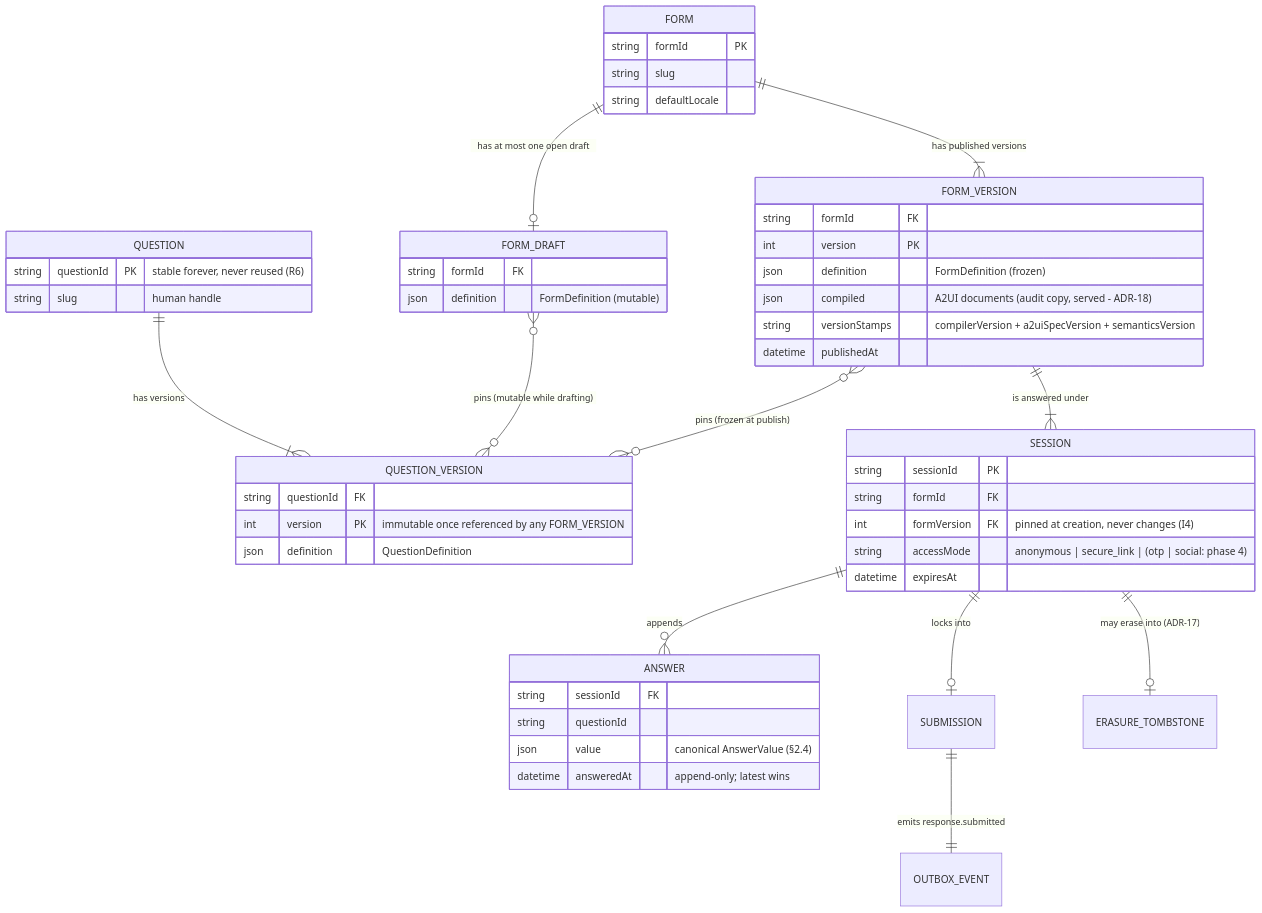
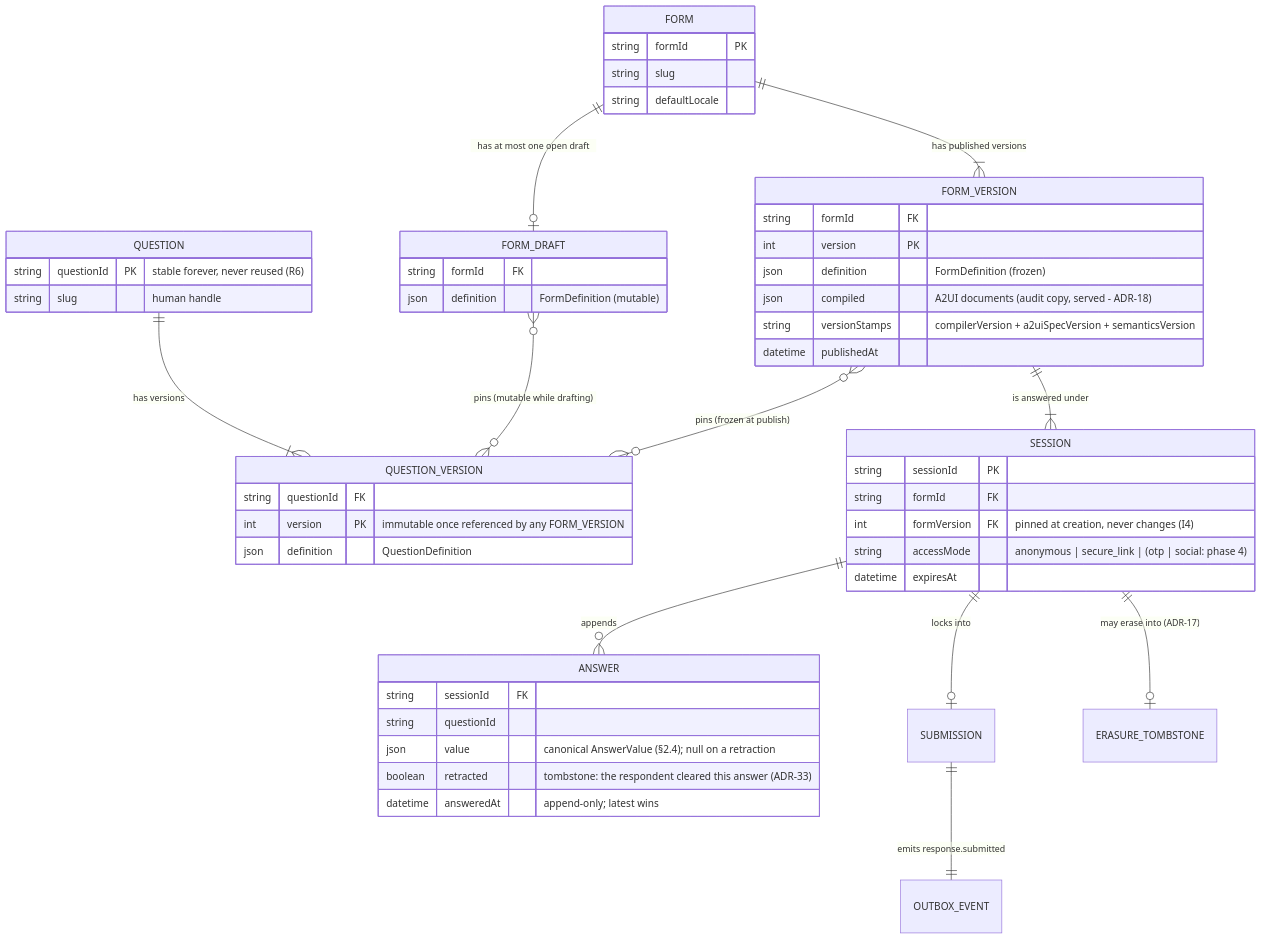
The first of 5 diagrams in docs/DOMAIN_SCHEMA.md (roonga/qcms), drawn with Mermaid before and after one commit. The commit also changed other lines of this file and 30 other files, not shown here.

First line of the commit message:
fix(db): answer retraction as tombstone append (#97)

````diff
--- a/docs/DOMAIN_SCHEMA.md
+++ b/docs/DOMAIN_SCHEMA.md
@@ -15,53 +15,54 @@
 ```mermaid
 erDiagram
     QUESTION ||--|{ QUESTION_VERSION : "has versions"
     FORM ||--o| FORM_DRAFT : "has at most one open draft"
     FORM ||--|{ FORM_VERSION : "has published versions"
     FORM_DRAFT }o--o{ QUESTION_VERSION : "pins (mutable while drafting)"
     FORM_VERSION }o--o{ QUESTION_VERSION : "pins (frozen at publish)"
     FORM_VERSION ||--|{ SESSION : "is answered under"
     SESSION ||--o{ ANSWER : "appends"
     SESSION ||--o| SUBMISSION : "locks into"
     SESSION ||--o| ERASURE_TOMBSTONE : "may erase into (ADR-17)"
     SUBMISSION ||--|| OUTBOX_EVENT : "emits response.submitted"
 
     QUESTION {
         string questionId PK "stable forever, never reused (R6)"
         string slug "human handle"
     }
     QUESTION_VERSION {
         string questionId FK
         int version PK "immutable once referenced by any FORM_VERSION"
         json definition "QuestionDefinition"
     }
     FORM {
         string formId PK
         string slug
         string defaultLocale
     }
     FORM_DRAFT {
         string formId FK
         json definition "FormDefinition (mutable)"
     }
     FORM_VERSION {
         string formId FK
         int version PK
         json definition "FormDefinition (frozen)"
         json compiled "A2UI documents (audit copy, served - ADR-18)"
         string versionStamps "compilerVersion + a2uiSpecVersion + semanticsVersion"
         datetime publishedAt
     }
     SESSION {
         string sessionId PK
         string formId FK
         int formVersion FK "pinned at creation, never changes (I4)"
         string accessMode "anonymous | secure_link | (otp | social: phase 4)"
         datetime expiresAt
     }
     ANSWER {
         string sessionId FK
         string questionId
-        json value "canonical AnswerValue (§2.4)"
+        json value "canonical AnswerValue (§2.4); null on a retraction"
+        boolean retracted "tombstone: the respondent cleared this answer (ADR-33)"
         datetime answeredAt "append-only; latest wins"
     }
 ```
````
